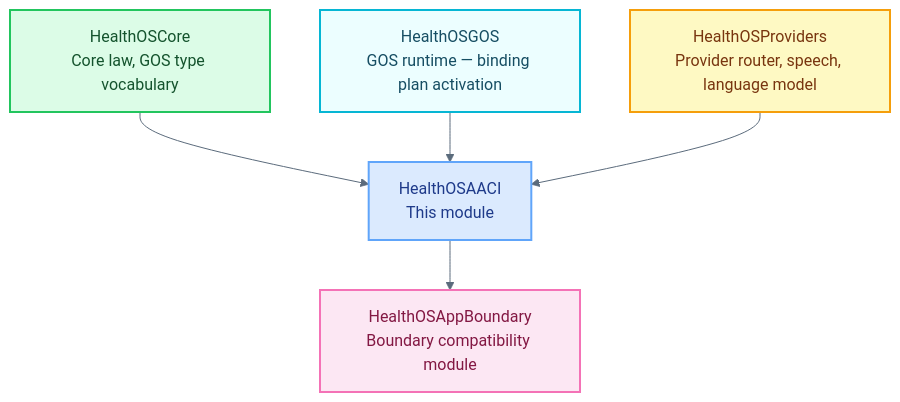
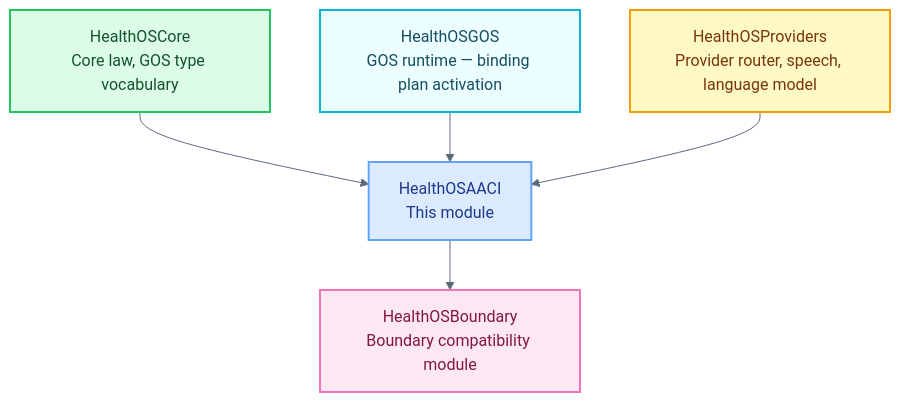
The diagram in swift/Sources/HealthOSAACI/README.md (myselfgus/HealthOScaffold), drawn with Mermaid before and after one commit. The commit also changed 104 other files, not shown here.

````diff
--- a/swift/Sources/HealthOSAACI/README.md
+++ b/swift/Sources/HealthOSAACI/README.md
@@ -9,20 +9,20 @@
 ```mermaid
 %%{init: {'theme': 'base', 'themeVariables': {'primaryColor': '#F6F8FB', 'primaryBorderColor': '#D6DEE8', 'primaryTextColor': '#1D2733', 'clusterBkg': '#FFFFFF', 'clusterBorder': '#D6DEE8', 'lineColor': '#5B6B7C', 'edgeLabelBackground': '#F6F8FB', 'fontFamily': 'ui-rounded, -apple-system, BlinkMacSystemFont, sans-serif'}}}%%
 graph TD
     classDef core     fill:#dcfce7,stroke:#22c55e,stroke-width:2px,color:#14532d
     classDef gos      fill:#ecfeff,stroke:#06b6d4,stroke-width:2px,color:#164e63
     classDef provider fill:#fef9c3,stroke:#f59e0b,stroke-width:2px,color:#78350f
     classDef runtime  fill:#dbeafe,stroke:#60a5fa,stroke-width:2px,color:#1e3a8a
     classDef boundary fill:#fce7f3,stroke:#f472b6,stroke-width:2px,color:#831843
 
     CORE[HealthOSCore\nCore law, GOS type vocabulary]:::core
     GOS[HealthOSGOS\nGOS runtime — binding plan activation]:::gos
     PROV[HealthOSProviders\nProvider router, speech, language model]:::provider
     AACI[HealthOSAACI\nThis module]:::runtime
-    BOUND[HealthOSAppBoundary\nBoundary compatibility module]:::boundary
+    BOUND[HealthOSBoundary\nBoundary compatibility module]:::boundary
 
     CORE --> AACI
     GOS --> AACI
     PROV --> AACI
     AACI --> BOUND
 ```
````
